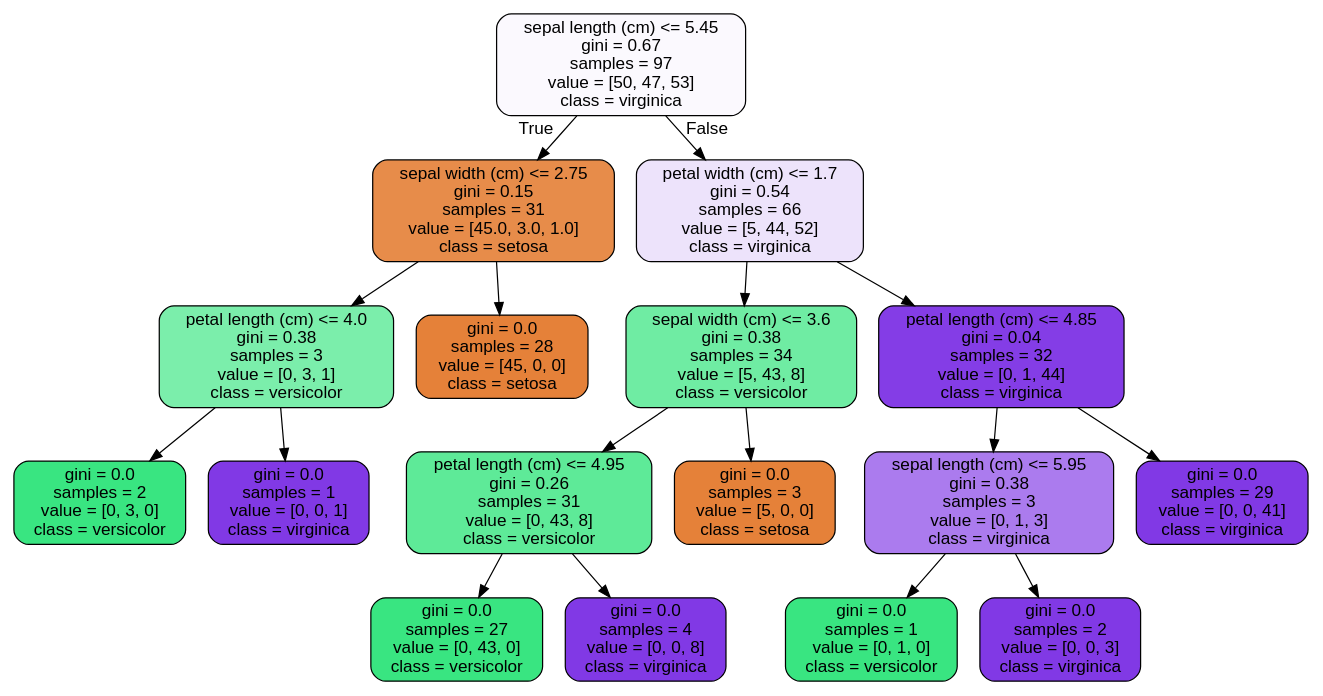
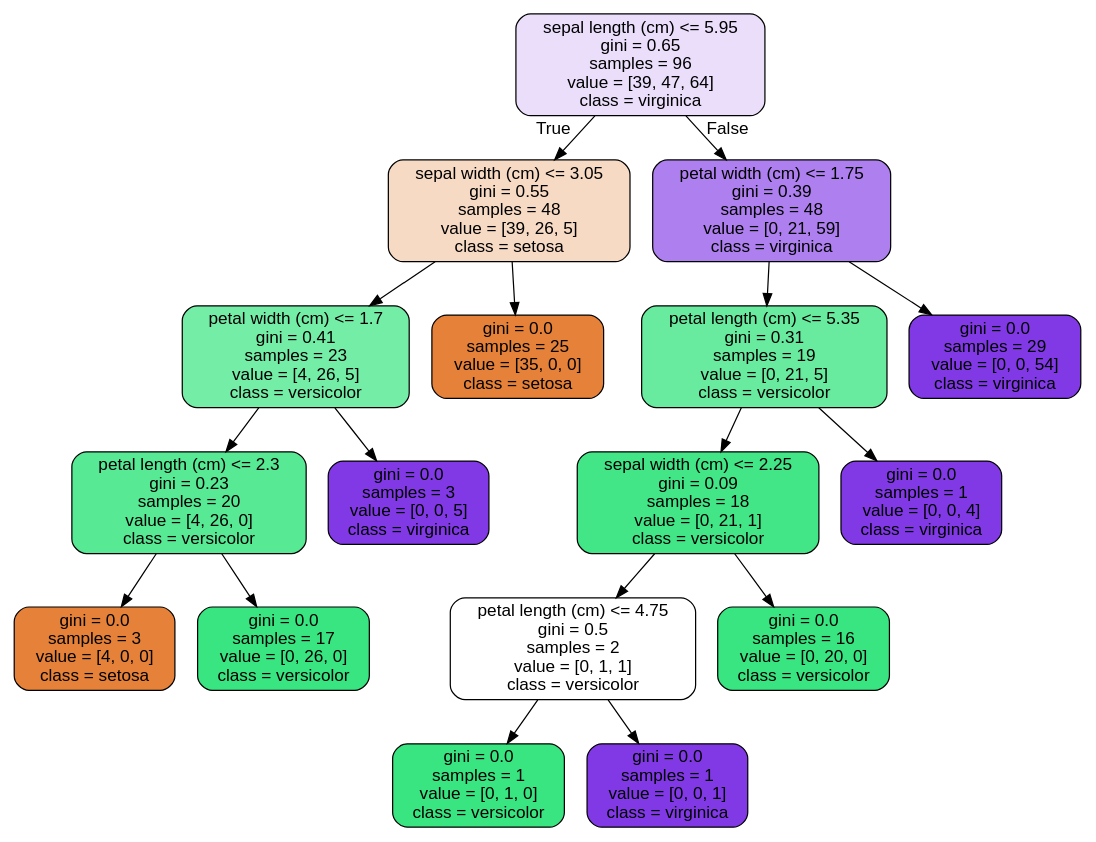
The diagram in RandomForest Covid Case Study/tree.dot (katemyer/DataScience), drawn with Graphviz before and after one commit. The commit also changed 3 other files, not shown here.

```diff
--- a/RandomForest Covid Case Study/tree.dot
+++ b/RandomForest Covid Case Study/tree.dot
@@ -1,37 +1,37 @@
 digraph Tree {
 node [shape=box, style="filled, rounded", color="black", fontname="helvetica"] ;
 edge [fontname="helvetica"] ;
-0 [label="sepal length (cm) <= 5.45\ngini = 0.67\nsamples = 97\nvalue = [50, 47, 53]\nclass = virginica", fillcolor="#fbf9fe"] ;
-1 [label="sepal width (cm) <= 2.75\ngini = 0.15\nsamples = 31\nvalue = [45.0, 3.0, 1.0]\nclass = setosa", fillcolor="#e78c4a"] ;
+0 [label="sepal length (cm) <= 5.95\ngini = 0.65\nsamples = 96\nvalue = [39, 47, 64]\nclass = virginica", fillcolor="#eadefb"] ;
+1 [label="sepal width (cm) <= 3.05\ngini = 0.55\nsamples = 48\nvalue = [39, 26, 5]\nclass = setosa", fillcolor="#f7dac4"] ;
 0 -> 1 [labeldistance=2.5, labelangle=45, headlabel="True"] ;
-2 [label="petal length (cm) <= 4.0\ngini = 0.38\nsamples = 3\nvalue = [0, 3, 1]\nclass = versicolor", fillcolor="#7beeab"] ;
+2 [label="petal width (cm) <= 1.7\ngini = 0.41\nsamples = 23\nvalue = [4, 26, 5]\nclass = versicolor", fillcolor="#74eda7"] ;
 1 -> 2 ;
-3 [label="gini = 0.0\nsamples = 2\nvalue = [0, 3, 0]\nclass = versicolor", fillcolor="#39e581"] ;
+3 [label="petal length (cm) <= 2.3\ngini = 0.23\nsamples = 20\nvalue = [4, 26, 0]\nclass = versicolor", fillcolor="#57e994"] ;
 2 -> 3 ;
-4 [label="gini = 0.0\nsamples = 1\nvalue = [0, 0, 1]\nclass = virginica", fillcolor="#8139e5"] ;
-2 -> 4 ;
-5 [label="gini = 0.0\nsamples = 28\nvalue = [45, 0, 0]\nclass = setosa", fillcolor="#e58139"] ;
-1 -> 5 ;
-6 [label="petal width (cm) <= 1.7\ngini = 0.54\nsamples = 66\nvalue = [5, 44, 52]\nclass = virginica", fillcolor="#ede3fb"] ;
-0 -> 6 [labeldistance=2.5, labelangle=-45, headlabel="False"] ;
-7 [label="sepal width (cm) <= 3.6\ngini = 0.38\nsamples = 34\nvalue = [5, 43, 8]\nclass = versicolor", fillcolor="#6feca3"] ;
-6 -> 7 ;
-8 [label="petal length (cm) <= 4.95\ngini = 0.26\nsamples = 31\nvalue = [0, 43, 8]\nclass = versicolor", fillcolor="#5eea98"] ;
-7 -> 8 ;
-9 [label="gini = 0.0\nsamples = 27\nvalue = [0, 43, 0]\nclass = versicolor", fillcolor="#39e581"] ;
+4 [label="gini = 0.0\nsamples = 3\nvalue = [4, 0, 0]\nclass = setosa", fillcolor="#e58139"] ;
+3 -> 4 ;
+5 [label="gini = 0.0\nsamples = 17\nvalue = [0, 26, 0]\nclass = versicolor", fillcolor="#39e581"] ;
+3 -> 5 ;
+6 [label="gini = 0.0\nsamples = 3\nvalue = [0, 0, 5]\nclass = virginica", fillcolor="#8139e5"] ;
+2 -> 6 ;
+7 [label="gini = 0.0\nsamples = 25\nvalue = [35, 0, 0]\nclass = setosa", fillcolor="#e58139"] ;
+1 -> 7 ;
+8 [label="petal width (cm) <= 1.75\ngini = 0.39\nsamples = 48\nvalue = [0, 21, 59]\nclass = virginica", fillcolor="#ae7fee"] ;
+0 -> 8 [labeldistance=2.5, labelangle=-45, headlabel="False"] ;
+9 [label="petal length (cm) <= 5.35\ngini = 0.31\nsamples = 19\nvalue = [0, 21, 5]\nclass = versicolor", fillcolor="#68eb9f"] ;
 8 -> 9 ;
-10 [label="gini = 0.0\nsamples = 4\nvalue = [0, 0, 8]\nclass = virginica", fillcolor="#8139e5"] ;
-8 -> 10 ;
-11 [label="gini = 0.0\nsamples = 3\nvalue = [5, 0, 0]\nclass = setosa", fillcolor="#e58139"] ;
-7 -> 11 ;
-12 [label="petal length (cm) <= 4.85\ngini = 0.04\nsamples = 32\nvalue = [0, 1, 44]\nclass = virginica", fillcolor="#843de6"] ;
-6 -> 12 ;
-13 [label="sepal length (cm) <= 5.95\ngini = 0.38\nsamples = 3\nvalue = [0, 1, 3]\nclass = virginica", fillcolor="#ab7bee"] ;
-12 -> 13 ;
-14 [label="gini = 0.0\nsamples = 1\nvalue = [0, 1, 0]\nclass = versicolor", fillcolor="#39e581"] ;
-13 -> 14 ;
-15 [label="gini = 0.0\nsamples = 2\nvalue = [0, 0, 3]\nclass = virginica", fillcolor="#8139e5"] ;
-13 -> 15 ;
-16 [label="gini = 0.0\nsamples = 29\nvalue = [0, 0, 41]\nclass = virginica", fillcolor="#8139e5"] ;
-12 -> 16 ;
+10 [label="sepal width (cm) <= 2.25\ngini = 0.09\nsamples = 18\nvalue = [0, 21, 1]\nclass = versicolor", fillcolor="#42e687"] ;
+9 -> 10 ;
+11 [label="petal length (cm) <= 4.75\ngini = 0.5\nsamples = 2\nvalue = [0, 1, 1]\nclass = versicolor", fillcolor="#ffffff"] ;
+10 -> 11 ;
+12 [label="gini = 0.0\nsamples = 1\nvalue = [0, 1, 0]\nclass = versicolor", fillcolor="#39e581"] ;
+11 -> 12 ;
+13 [label="gini = 0.0\nsamples = 1\nvalue = [0, 0, 1]\nclass = virginica", fillcolor="#8139e5"] ;
+11 -> 13 ;
+14 [label="gini = 0.0\nsamples = 16\nvalue = [0, 20, 0]\nclass = versicolor", fillcolor="#39e581"] ;
+10 -> 14 ;
+15 [label="gini = 0.0\nsamples = 1\nvalue = [0, 0, 4]\nclass = virginica", fillcolor="#8139e5"] ;
+9 -> 15 ;
+16 [label="gini = 0.0\nsamples = 29\nvalue = [0, 0, 54]\nclass = virginica", fillcolor="#8139e5"] ;
+8 -> 16 ;
 }
```
